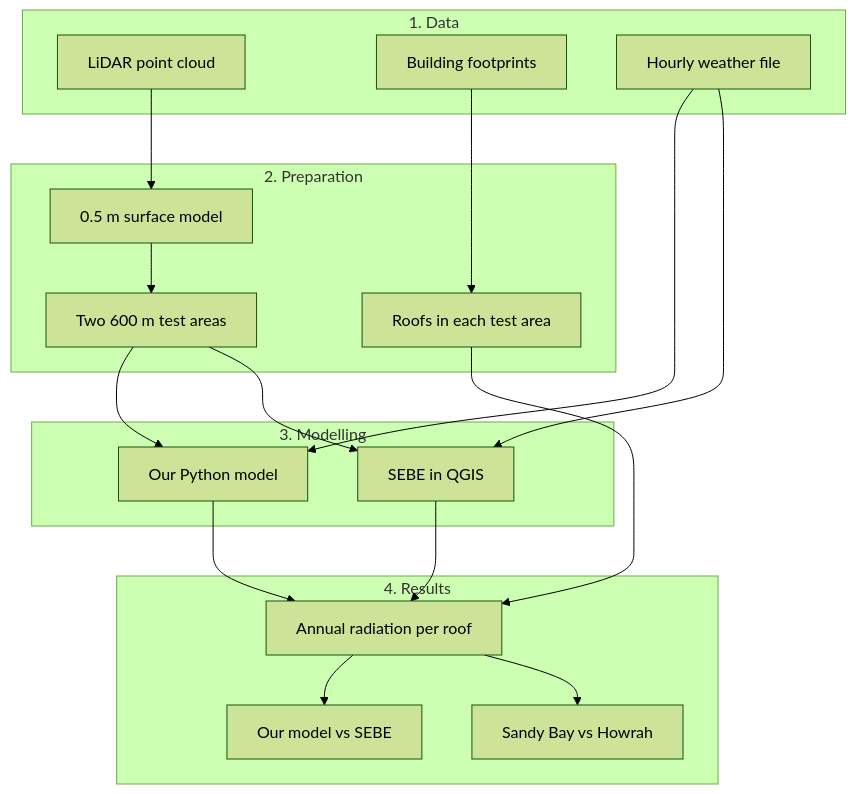
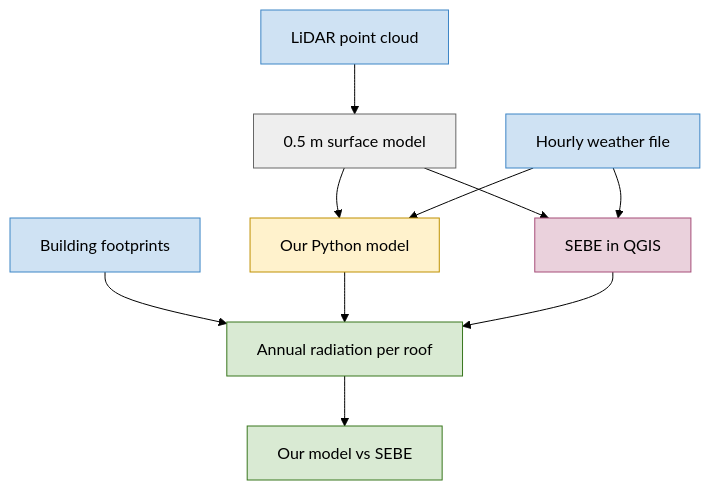
One commit to University-of-Tasmania-GPSS/AT3_Group1_2026 changed the first of 4 diagrams in methods.md. Above: the diagram before and after it, drawn with Mermaid (forest theme). The commit also changed other lines of this file and 9 other files, not shown here.

Commit message:
Buldiong the Python Model, updating the webpage continually and creating plots from code to input into webpage

````diff
--- a/methods.md
+++ b/methods.md
@@ -5,39 +5,36 @@
 ```{mermaid}
 flowchart TD
 
-  subgraph S1[1. Data]
-    A[LiDAR point cloud]
-    B[Building footprints]
-    C[Hourly weather file]
-  end
+  A[LiDAR point cloud]
+  B[Building footprints]
+  C[Hourly weather file]
 
-  subgraph S2[2. Preparation]
-    D[0.5 m surface model]
-    E[Two 600 m test areas]
-    K[Roofs in each test area]
-  end
+  D[0.5 m surface model]
+  F[Our Python model]
+  G[SEBE in QGIS]
 
-  subgraph S3[3. Modelling]
-    F[Our Python model]
-    G[SEBE in QGIS]
-  end
-
-  subgraph S4[4. Results]
-    H[Annual radiation per roof]
-    J[Our model vs SEBE]
-    I[Sandy Bay vs Howrah]
-  end
+  H[Annual radiation per roof]
+  J[Our model vs SEBE]
 
   A --> D
-  D --> E
-  B --> K
-  E --> F
-  E --> G
+  D --> F
+  D --> G
   C --> F
   C --> G
+  B --> H
   F --> H
   G --> H
-  K --> H
   H --> J
-  H --> I
+
+  classDef input fill:#cfe2f3,stroke:#3d85c6,color:#000
+  classDef process fill:#eeeeee,stroke:#666666,color:#000
+  classDef python fill:#fff2cc,stroke:#bf9000,color:#000
+  classDef sebe fill:#ead1dc,stroke:#a64d79,color:#000
+  classDef output fill:#d9ead3,stroke:#38761d,color:#000
+
+  class A,B,C input
+  class D process
+  class F python
+  class G sebe
+  class H,J output
 ```
````
